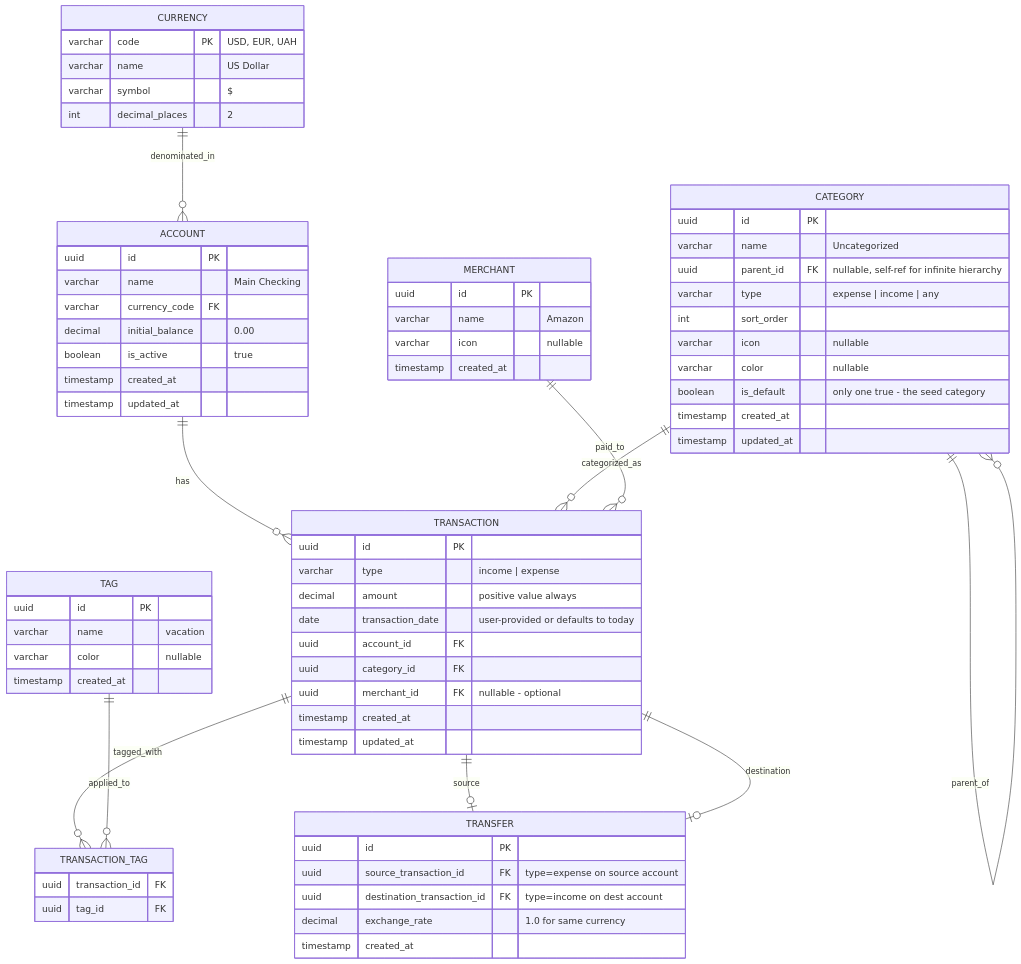
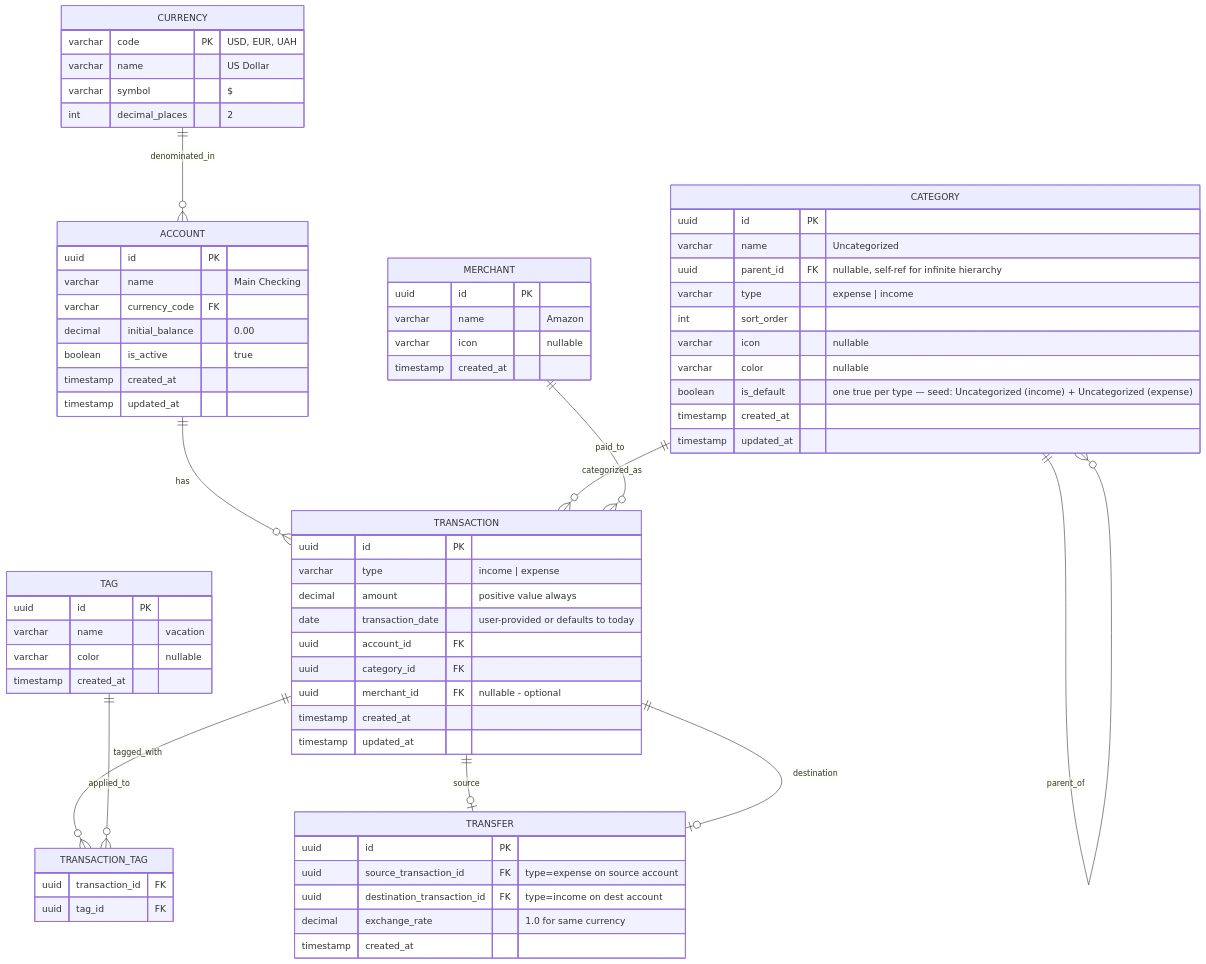
The first of 2 diagrams in architecture_plan.md (armved/finance-manager), drawn with Mermaid before and after one commit. The commit also changed other lines of this file and 1 other file, not shown here.

````diff
--- a/architecture_plan.md
+++ b/architecture_plan.md
@@ -141,81 +141,81 @@
 ```mermaid
 erDiagram
     ACCOUNT ||--o{ TRANSACTION : has
     CURRENCY ||--o{ ACCOUNT : denominated_in
     CATEGORY ||--o{ CATEGORY : parent_of
     CATEGORY ||--o{ TRANSACTION : categorized_as
     MERCHANT ||--o{ TRANSACTION : paid_to
     TRANSACTION ||--o{ TRANSACTION_TAG : tagged_with
     TAG ||--o{ TRANSACTION_TAG : applied_to
     TRANSACTION ||--o| TRANSFER : source
     TRANSACTION ||--o| TRANSFER : destination
 
     CURRENCY {
         varchar code PK "USD, EUR, UAH"
         varchar name "US Dollar"
         varchar symbol "$"
         int decimal_places "2"
     }
 
     ACCOUNT {
         uuid id PK
         varchar name "Main Checking"
         varchar currency_code FK
         decimal initial_balance "0.00"
         boolean is_active "true"
         timestamp created_at
         timestamp updated_at
     }
 
     CATEGORY {
         uuid id PK
         varchar name "Uncategorized"
         uuid parent_id FK "nullable, self-ref for infinite hierarchy"
-        varchar type "expense | income | any"
+        varchar type "expense | income"
         int sort_order
         varchar icon "nullable"
         varchar color "nullable"
-        boolean is_default "only one true - the seed category"
+        boolean is_default "one true per type — seed: Uncategorized (income) + Uncategorized (expense)"
         timestamp created_at
         timestamp updated_at
     }
 
     MERCHANT {
         uuid id PK
         varchar name "Amazon"
         varchar icon "nullable"
         timestamp created_at
     }
 
     TAG {
         uuid id PK
         varchar name "vacation"
         varchar color "nullable"
         timestamp created_at
     }
 
     TRANSACTION {
         uuid id PK
         varchar type "income | expense"
         decimal amount "positive value always"
         date transaction_date "user-provided or defaults to today"
         uuid account_id FK
         uuid category_id FK
         uuid merchant_id FK "nullable - optional"
         timestamp created_at
         timestamp updated_at
     }
 
     TRANSACTION_TAG {
         uuid transaction_id FK
         uuid tag_id FK
     }
 
     TRANSFER {
         uuid id PK
         uuid source_transaction_id FK "type=expense on source account"
         uuid destination_transaction_id FK "type=income on dest account"
         decimal exchange_rate "1.0 for same currency"
         timestamp created_at
     }
 ```
````
